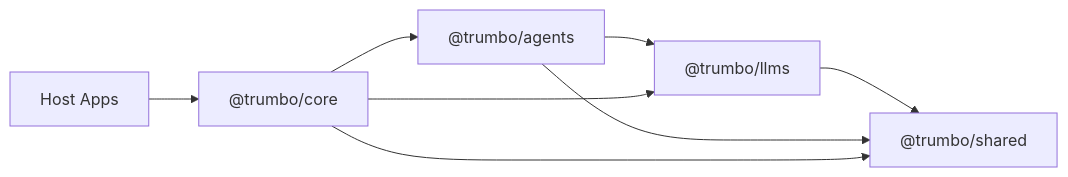
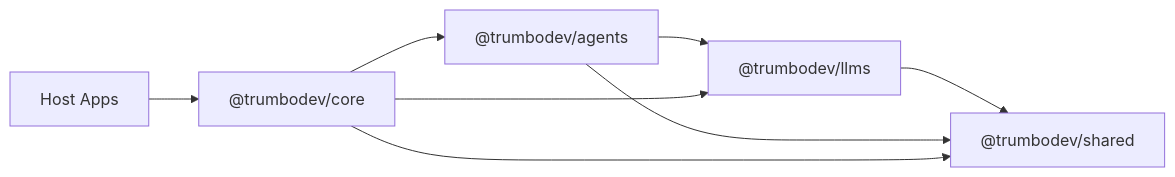
One commit to xedro98/Trumbo changed the diagram in engine/ARCHITECTURE.md. Above: the diagram before and after it, drawn with Mermaid. The commit also changed other lines of this file and 757 other files, not shown here.

First line of the commit message:
refactor: rename SDK package scope from @trumbo to @trumbodev

````diff
--- a/engine/ARCHITECTURE.md
+++ b/engine/ARCHITECTURE.md
@@ -38,16 +38,16 @@
 ```mermaid
 flowchart LR
-  shared["@trumbo/shared"]
-  llms["@trumbo/llms"]
-  agents["@trumbo/agents"]
-  core["@trumbo/core"]
+  shared["@trumbodev/shared"]
+  llms["@trumbodev/llms"]
+  agents["@trumbodev/agents"]
+  core["@trumbodev/core"]
   apps["Host Apps"]
 
   llms --> shared
   agents --> llms
   agents --> shared
   core --> agents
   core --> llms
   core --> shared
   apps --> core
 ```
````
